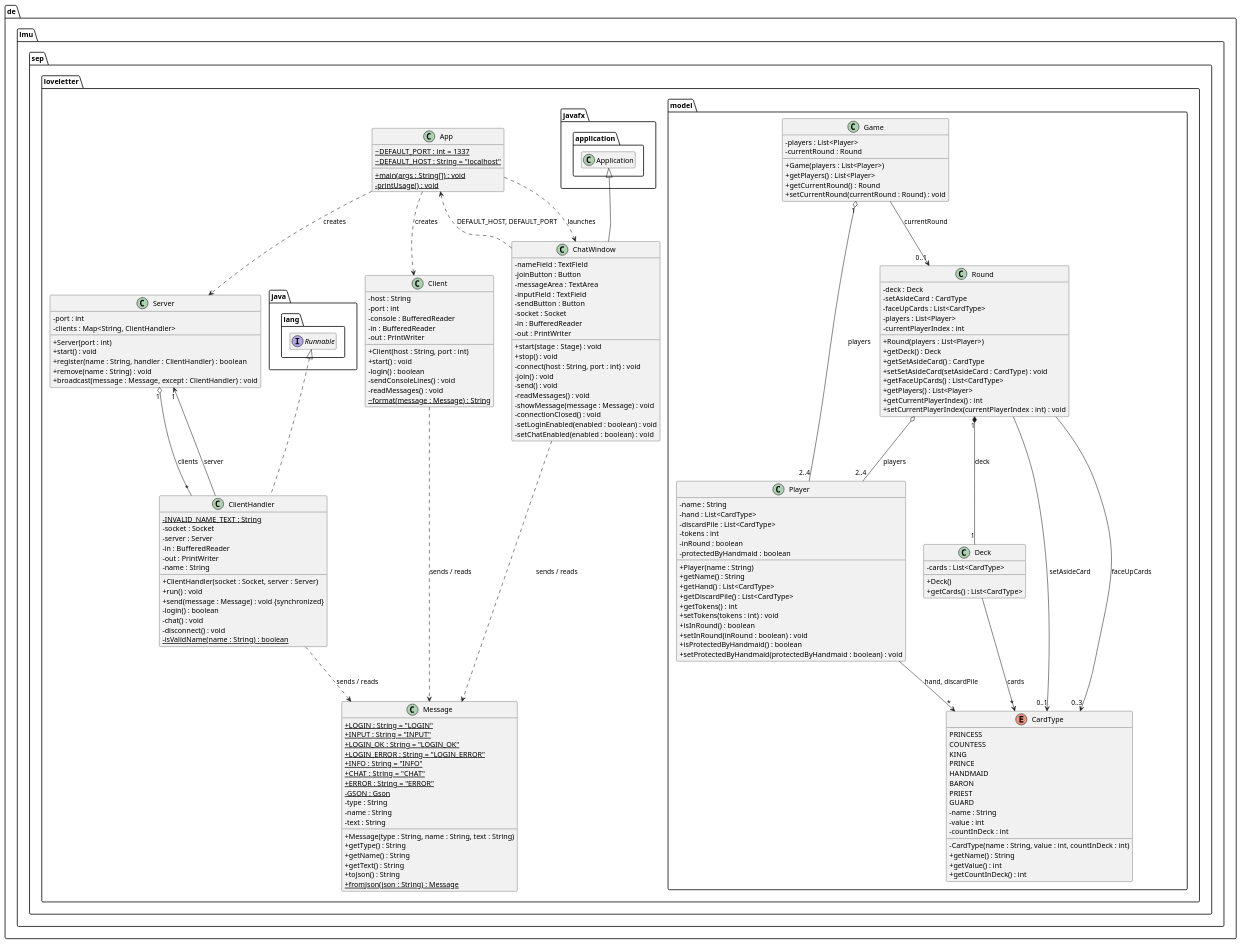
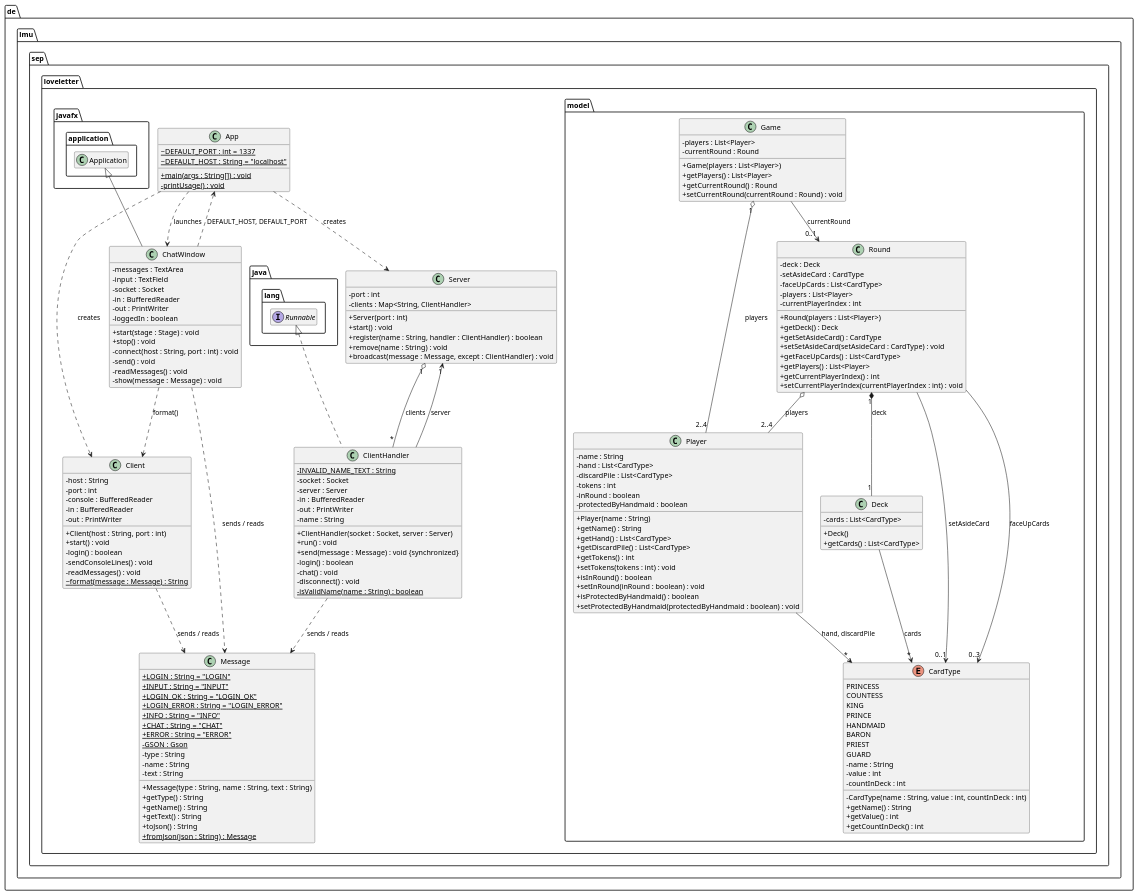
Before and after one commit to daithangngo/SEP-LoveLetter: the diagram in uml/classes.puml, drawn with PlantUML. The commit also changed 4 other files, not shown here.

First line of the commit message:
Simplify JavaFX chat window and add class diagram images

```diff
--- a/uml/classes.puml
+++ b/uml/classes.puml
@@ -1,188 +1,183 @@
 @startuml classes
 ' Class diagram of the Love Letter pre-project. Matches the Java code in src/main/java.
 skinparam classAttributeIconSize 0
 hide empty members
 
 package de.lmu.sep.loveletter {
 
   class App {
     ~ {static} DEFAULT_PORT : int = 1337
     ~ {static} DEFAULT_HOST : String = "localhost"
     + {static} main(args : String[]) : void
     - {static} printUsage() : void
   }
 
   class Server {
     - port : int
     - clients : Map<String, ClientHandler>
     + Server(port : int)
     + start() : void
     + register(name : String, handler : ClientHandler) : boolean
     + remove(name : String) : void
     + broadcast(message : Message, except : ClientHandler) : void
   }
 
   class ClientHandler implements java.lang.Runnable {
     - {static} INVALID_NAME_TEXT : String
     - socket : Socket
     - server : Server
     - in : BufferedReader
     - out : PrintWriter
     - name : String
     + ClientHandler(socket : Socket, server : Server)
     + run() : void
     + send(message : Message) : void {synchronized}
     - login() : boolean
     - chat() : void
     - disconnect() : void
     - {static} isValidName(name : String) : boolean
   }
 
   class Client {
     - host : String
     - port : int
     - console : BufferedReader
     - in : BufferedReader
     - out : PrintWriter
     + Client(host : String, port : int)
     + start() : void
     - login() : boolean
     - sendConsoleLines() : void
     - readMessages() : void
     ~ {static} format(message : Message) : String
   }
 
   class ChatWindow extends javafx.application.Application {
-    - nameField : TextField
-    - joinButton : Button
-    - messageArea : TextArea
-    - inputField : TextField
-    - sendButton : Button
+    - messages : TextArea
+    - input : TextField
     - socket : Socket
     - in : BufferedReader
     - out : PrintWriter
+    - loggedIn : boolean
     + start(stage : Stage) : void
     + stop() : void
     - connect(host : String, port : int) : void
-    - join() : void
     - send() : void
     - readMessages() : void
-    - showMessage(message : Message) : void
-    - connectionClosed() : void
-    - setLoginEnabled(enabled : boolean) : void
-    - setChatEnabled(enabled : boolean) : void
+    - show(message : Message) : void
   }
 
   class Message {
     + {static} LOGIN : String = "LOGIN"
     + {static} INPUT : String = "INPUT"
     + {static} LOGIN_OK : String = "LOGIN_OK"
     + {static} LOGIN_ERROR : String = "LOGIN_ERROR"
     + {static} INFO : String = "INFO"
     + {static} CHAT : String = "CHAT"
     + {static} ERROR : String = "ERROR"
     - {static} GSON : Gson
     - type : String
     - name : String
     - text : String
     + Message(type : String, name : String, text : String)
     + getType() : String
     + getName() : String
     + getText() : String
     + toJson() : String
     + {static} fromJson(json : String) : Message
   }
 }
 
 package de.lmu.sep.loveletter.model {
 
   enum CardType {
     PRINCESS
     COUNTESS
     KING
     PRINCE
     HANDMAID
     BARON
     PRIEST
     GUARD
     - name : String
     - value : int
     - countInDeck : int
     - CardType(name : String, value : int, countInDeck : int)
     + getName() : String
     + getValue() : int
     + getCountInDeck() : int
   }
 
   class Deck {
     - cards : List<CardType>
     + Deck()
     + getCards() : List<CardType>
   }
 
   class Player {
     - name : String
     - hand : List<CardType>
     - discardPile : List<CardType>
     - tokens : int
     - inRound : boolean
     - protectedByHandmaid : boolean
     + Player(name : String)
     + getName() : String
     + getHand() : List<CardType>
     + getDiscardPile() : List<CardType>
     + getTokens() : int
     + setTokens(tokens : int) : void
     + isInRound() : boolean
     + setInRound(inRound : boolean) : void
     + isProtectedByHandmaid() : boolean
     + setProtectedByHandmaid(protectedByHandmaid : boolean) : void
   }
 
   class Round {
     - deck : Deck
     - setAsideCard : CardType
     - faceUpCards : List<CardType>
     - players : List<Player>
     - currentPlayerIndex : int
     + Round(players : List<Player>)
     + getDeck() : Deck
     + getSetAsideCard() : CardType
     + setSetAsideCard(setAsideCard : CardType) : void
     + getFaceUpCards() : List<CardType>
     + getPlayers() : List<Player>
     + getCurrentPlayerIndex() : int
     + setCurrentPlayerIndex(currentPlayerIndex : int) : void
   }
 
   class Game {
     - players : List<Player>
     - currentRound : Round
     + Game(players : List<Player>)
     + getPlayers() : List<Player>
     + getCurrentRound() : Round
     + setCurrentRound(currentRound : Round) : void
   }
 }
 
 ' Network
 App ..> Server : creates
 App ..> Client : creates
 App ..> ChatWindow : launches
 Server "1" o-- "*" ClientHandler : clients
 ClientHandler --> "1" Server : server
 ClientHandler ..> Message : sends / reads
 Client ..> Message : sends / reads
 ChatWindow ..> Message : sends / reads
 ChatWindow ..> App : DEFAULT_HOST, DEFAULT_PORT
+ChatWindow ..> Client : format()
 
 ' Model
 Game "1" o-- "2..4" Player : players
 Game --> "0..1" Round : currentRound
 Round "1" *-- "1" Deck : deck
 Round o-- "2..4" Player : players
 Round --> "0..1" CardType : setAsideCard
 Round --> "0..3" CardType : faceUpCards
 Player --> "*" CardType : hand, discardPile
 Deck --> "*" CardType : cards
 @enduml
```
